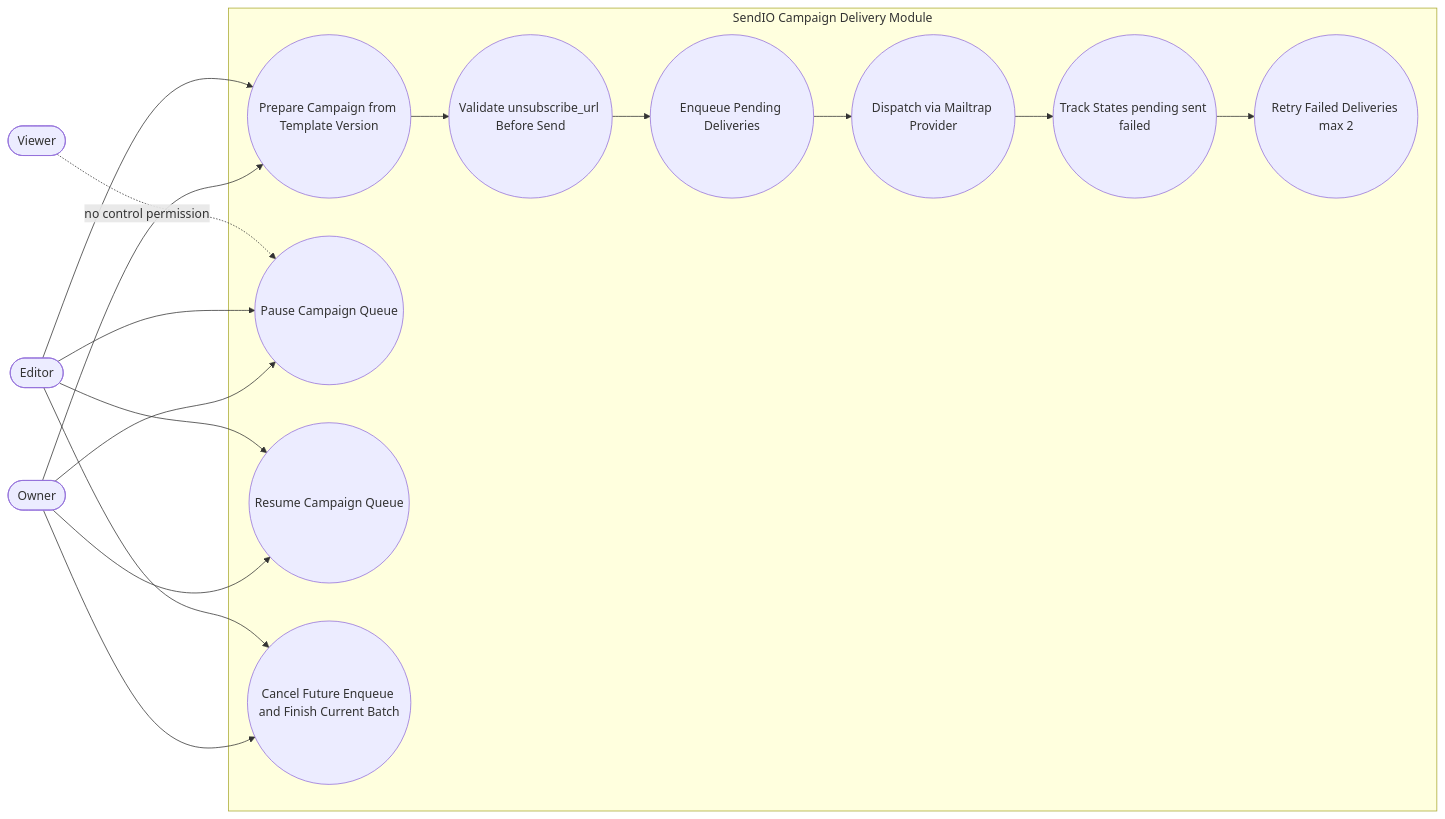
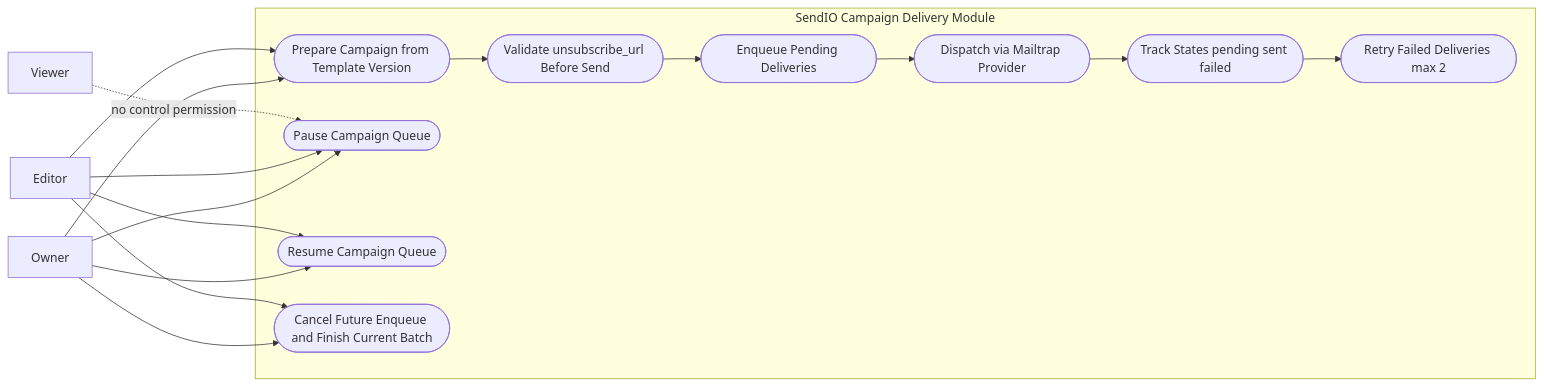
The diagram in docs/analysis/interactions/campaign-delivery-use-cases.md (Chopyh/SendIO), drawn with Mermaid before and after one commit. The commit also changed 40 other files, not shown here.

Commit message:
Translate design documentation to Spanish, update activity and component diagrams, and add new system design chapter for SendIO. Implement Docker Redis queue worker and enhance validation documentation. Refactor frontend campaign list page and update shell scripts for queue management.

````diff
--- a/docs/analysis/interactions/campaign-delivery-use-cases.md
+++ b/docs/analysis/interactions/campaign-delivery-use-cases.md
@@ -5,33 +5,33 @@
 ```mermaid
 flowchart LR
-  Owner([Owner])
-  Editor([Editor])
-  Viewer([Viewer])
+  Owner[Owner]
+  Editor[Editor]
+  Viewer[Viewer]
 
   subgraph SendIOCampaign[SendIO Campaign Delivery Module]
-    UC1((Prepare Campaign from Template Version))
-    UC2((Validate unsubscribe_url Before Send))
-    UC3((Enqueue Pending Deliveries))
-    UC4((Dispatch via Mailtrap Provider))
-    UC5((Track States pending sent failed))
-    UC6((Retry Failed Deliveries max 2))
-    UC7((Pause Campaign Queue))
-    UC8((Resume Campaign Queue))
-    UC9((Cancel Future Enqueue and Finish Current Batch))
+    UC1([Prepare Campaign from Template Version])
+    UC2([Validate unsubscribe_url Before Send])
+    UC3([Enqueue Pending Deliveries])
+    UC4([Dispatch via Mailtrap Provider])
+    UC5([Track States pending sent failed])
+    UC6([Retry Failed Deliveries max 2])
+    UC7([Pause Campaign Queue])
+    UC8([Resume Campaign Queue])
+    UC9([Cancel Future Enqueue and Finish Current Batch])
   end
 
   Owner --> UC1
   Editor --> UC1
   UC1 --> UC2
   UC2 --> UC3
   UC3 --> UC4
   UC4 --> UC5
   UC5 --> UC6
   Owner --> UC7
   Editor --> UC7
   Owner --> UC8
   Editor --> UC8
   Owner --> UC9
   Editor --> UC9
   Viewer -. no control permission .-> UC7
 ```
````
